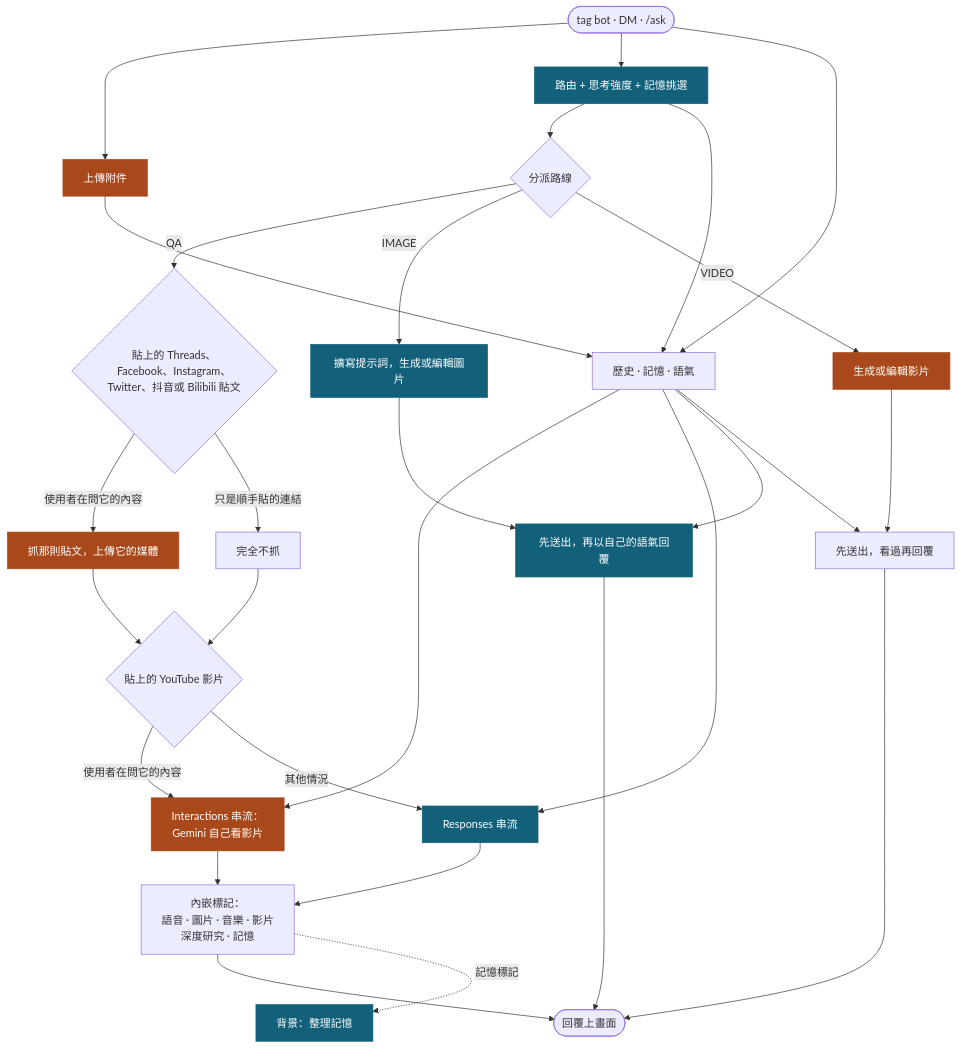
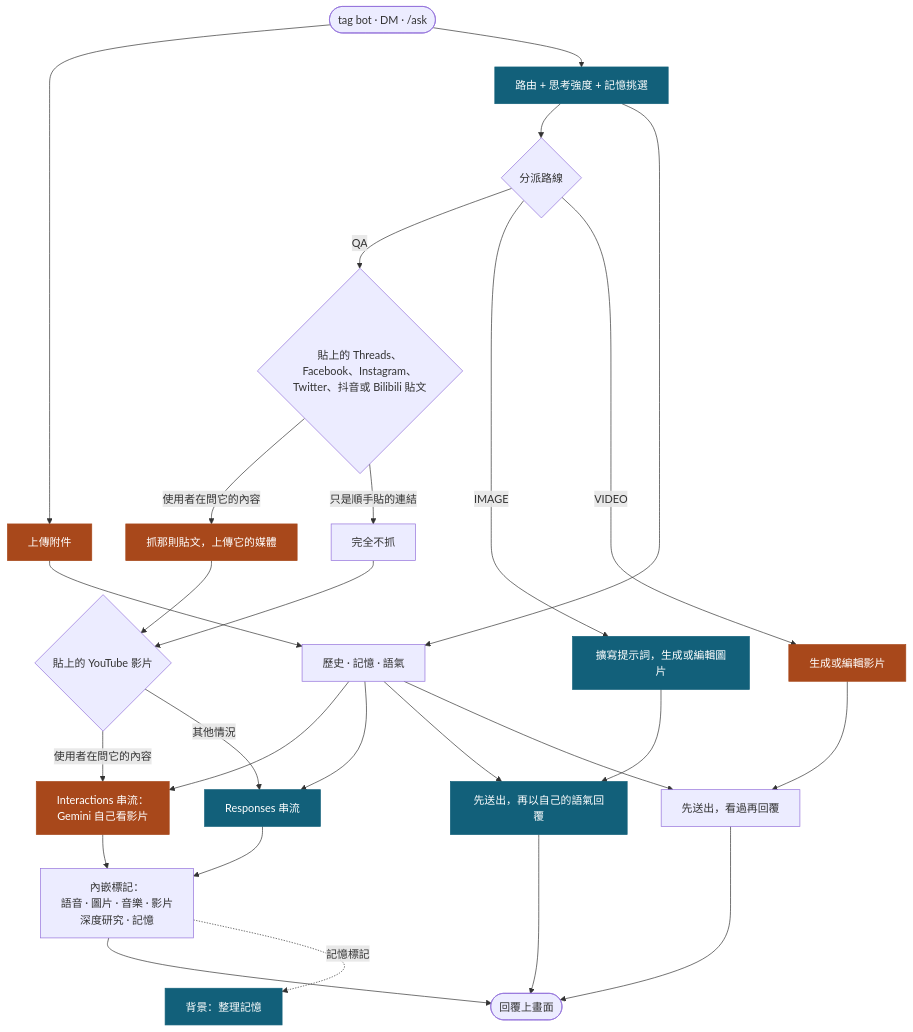
The diagram in README.zh-TW.md (Mai0313/discordbot), drawn with Mermaid before and after one commit. The commit also changed 2 other files, not shown here.

Commit message:
docs(readme): let the reply context hang off the route and uploads in the diagram
The context build waits on both, so drawing it from them reads clearer and keeps the diagram's lines from crossing.

````diff
--- a/README.zh-TW.md
+++ b/README.zh-TW.md
@@ -43,34 +43,34 @@
 ```mermaid
 flowchart TD
-    U(["tag bot · DM · /ask"]) --> UP & RT & CX
+    U(["tag bot · DM · /ask"]) --> UP & RT
 
     UP["上傳附件"]
     RT["路由 + 思考強度 + 記憶挑選"]
     CX["歷史 · 記憶 · 語氣"]
 
     RT --> R{"分派路線"}
     UP & RT --> CX --> YT & QS & I2 & V2
 
     R -->|QA| L{"貼上的 Threads、Facebook、Instagram、<br/>Twitter、抖音或 Bilibili 貼文"}
     L -->|"使用者在問它的內容"| LF["抓那則貼文，上傳它的媒體"]
     L -->|"只是順手貼的連結"| LS["完全不抓"]
     LF & LS --> Y{"貼上的 YouTube 影片"}
     Y -->|"使用者在問它的內容"| YT["Interactions 串流：<br/>Gemini 自己看影片"]
     Y -->|"其他情況"| QS["Responses 串流"]
     YT & QS --> Q2["內嵌標記：<br/>語音 · 圖片 · 音樂 · 影片<br/>深度研究 · 記憶"]
 
     R -->|IMAGE| I1["擴寫提示詞，生成或編輯圖片"]
     I1 --> I2["先送出，再以自己的語氣回覆"]
     R -->|VIDEO| V1["生成或編輯影片"]
     V1 --> V2["先送出，看過再回覆"]
 
     Q2 --> OUT(["回覆上畫面"])
     I2 --> OUT
     V2 --> OUT
     Q2 -.->|"記憶標記"| MM["背景：整理記憶"]
 
     classDef proxy fill:#12607a,stroke:#12607a,color:#ffffff
     classDef direct fill:#a8481b,stroke:#a8481b,color:#ffffff
     class RT,QS,I1,I2,MM proxy
     class UP,LF,YT,V1 direct
 ```
````
